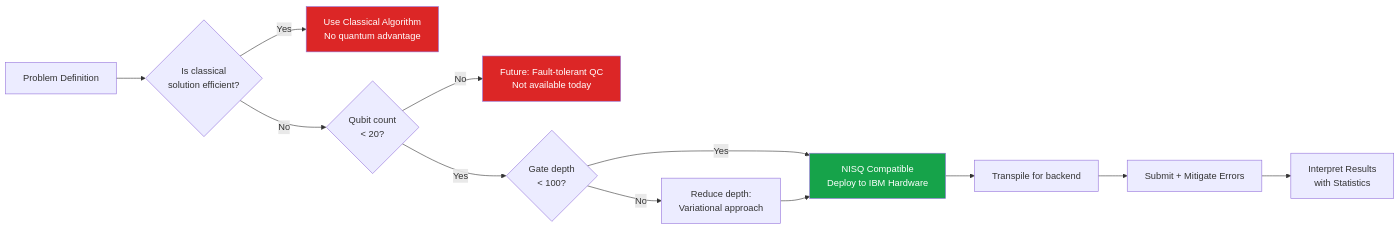
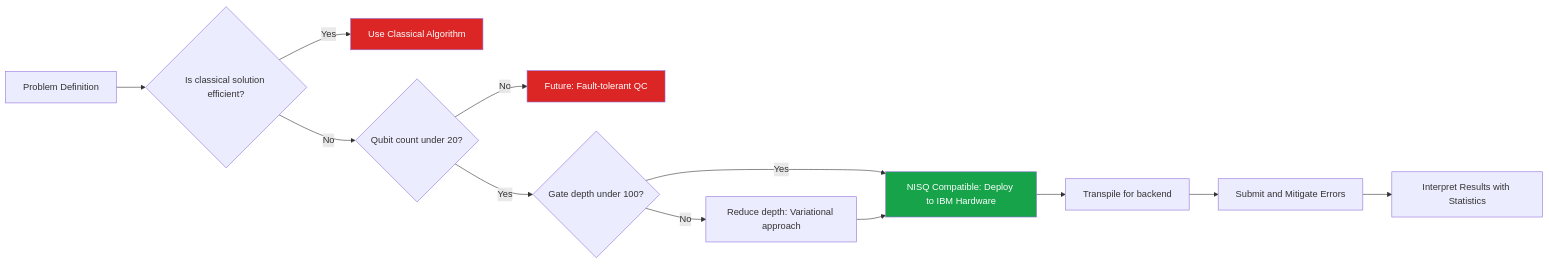
The fourth of 5 diagrams in README.md (hkevin01/quantum-compute), drawn with Mermaid before and after one commit. The commit also changed other lines of this file, not shown here.

Commit message:
fix: Update README mermaid diagrams for improved clarity and consistency

````diff
--- a/README.md
+++ b/README.md
@@ -467,18 +467,18 @@
 ```mermaid
 flowchart LR
-    A["Problem Definition"] --> B{"Is classical\nsolution efficient?"}
-    B -- "Yes" --> C["Use Classical Algorithm\nNo quantum advantage"]
-    B -- "No" --> D{"Qubit count\n< 20?"}
-    D -- "No" --> E["Future: Fault-tolerant QC\nNot available today"]
-    D -- "Yes" --> F{"Gate depth\n< 100?"}
-    F -- "No" --> G["Reduce depth:\nVariational approach"]
-    F -- "Yes" --> H["NISQ Compatible\nDeploy to IBM Hardware"]
+    A[Problem Definition] --> B{Is classical solution efficient?}
+    B -->|Yes| C[Use Classical Algorithm]
+    B -->|No| D{Qubit count under 20?}
+    D -->|No| E[Future: Fault-tolerant QC]
+    D -->|Yes| F{Gate depth under 100?}
+    F -->|No| G[Reduce depth: Variational approach]
+    F -->|Yes| H[NISQ Compatible: Deploy to IBM Hardware]
     G --> H
-    H --> I["Transpile for backend"]
-    I --> J["Submit + Mitigate Errors"]
-    J --> K["Interpret Results\nwith Statistics"]
+    H --> I[Transpile for backend]
+    I --> J[Submit and Mitigate Errors]
+    J --> K[Interpret Results with Statistics]
 
     style C fill:#dc2626,color:#fff
     style E fill:#dc2626,color:#fff
     style H fill:#16a34a,color:#fff
 ```
````
